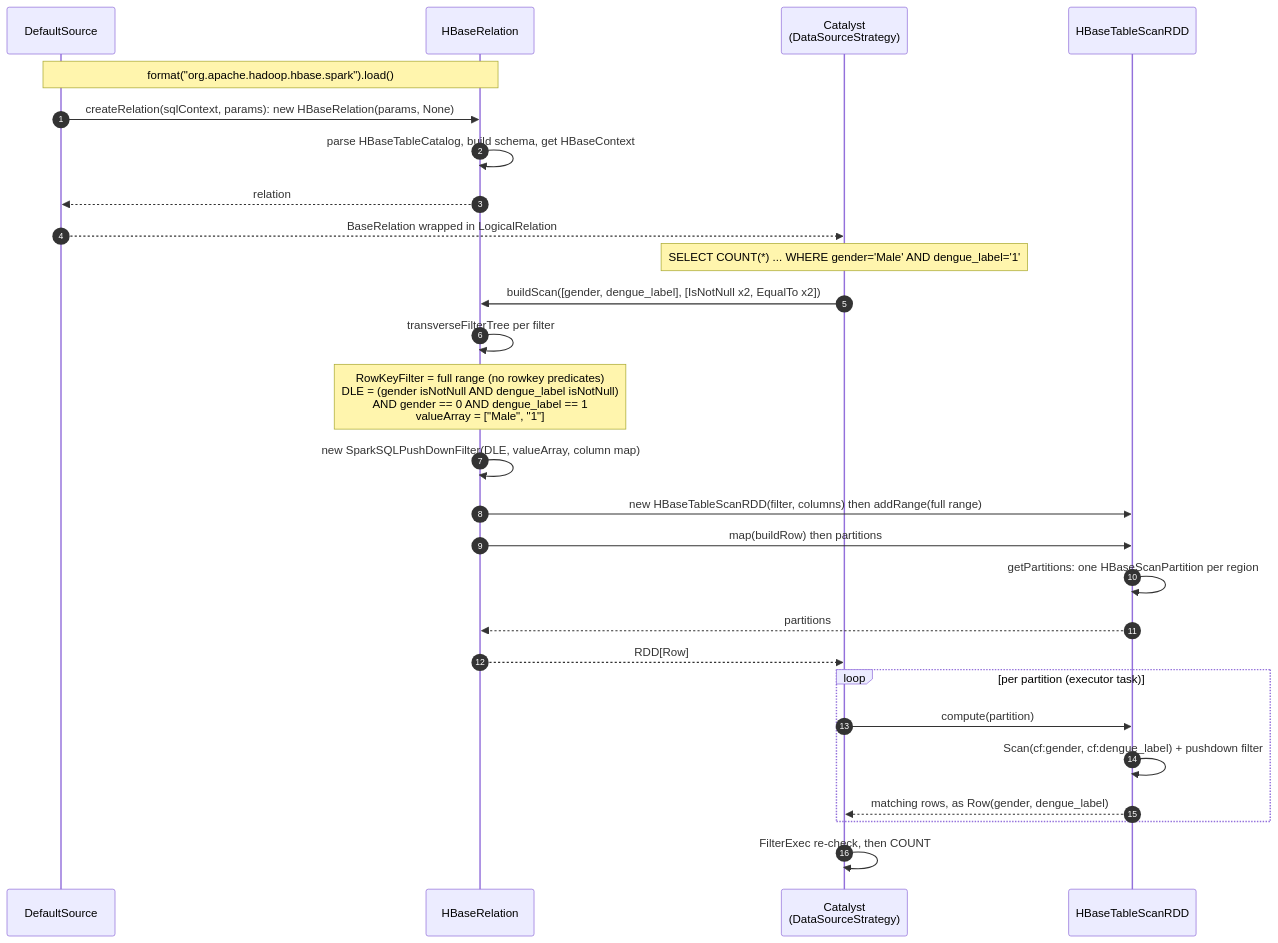
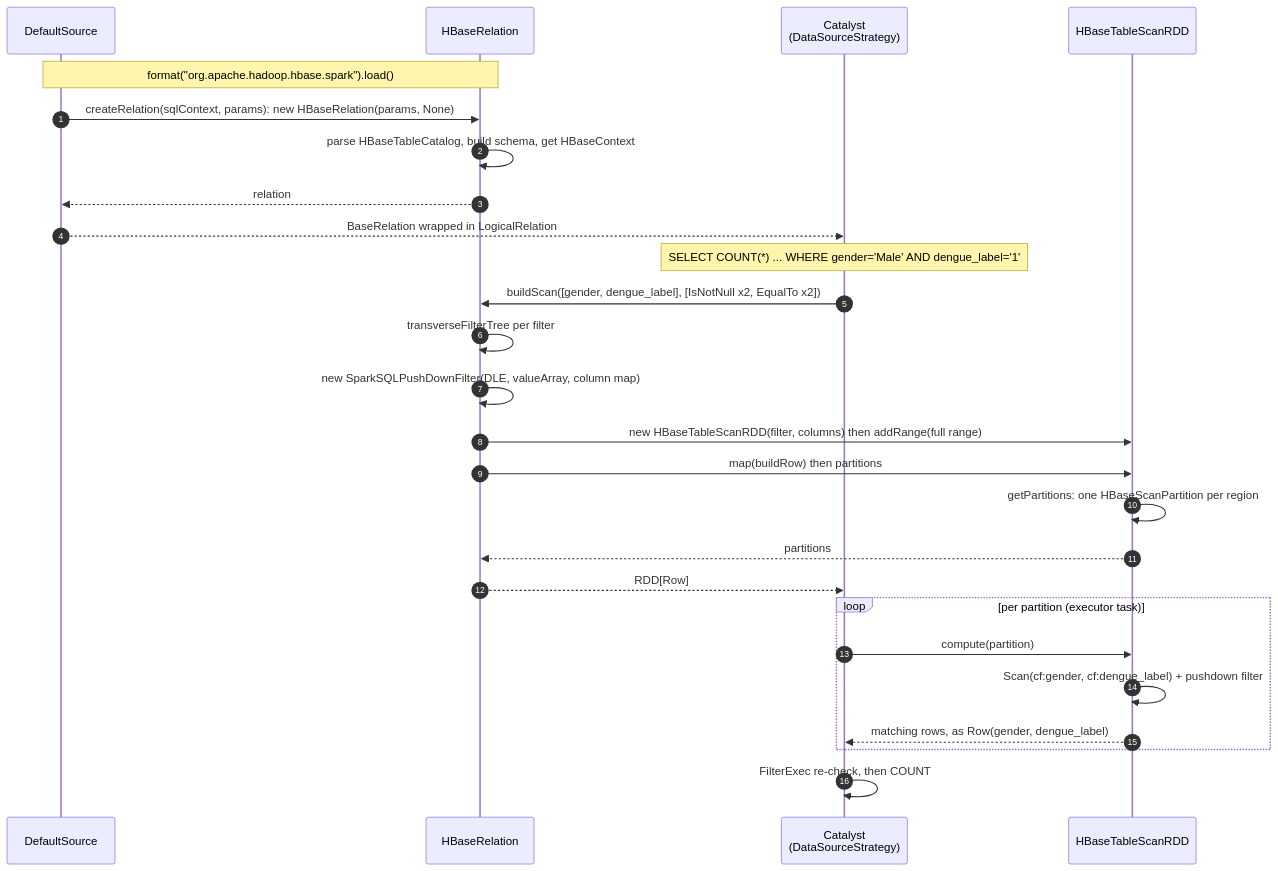
Before and after one commit to wchevreuil/hbase-connectors: the diagram in spark3-dsv1-read-sequence-simple.md, drawn with Mermaid.

Commit message:
removing note

````diff
--- a/spark3-dsv1-read-sequence-simple.md
+++ b/spark3-dsv1-read-sequence-simple.md
@@ -1,32 +1,31 @@
 ```mermaid
 sequenceDiagram
     autonumber
     participant DS as DefaultSource
     participant HR as HBaseRelation
     participant CAT as Catalyst<br/>(DataSourceStrategy)
     participant RDD as HBaseTableScanRDD
 
     Note over DS,HR: format("org.apache.hadoop.hbase.spark").load()
     DS->>HR: createRelation(sqlContext, params): new HBaseRelation(params, None)
     HR->>HR: parse HBaseTableCatalog, build schema, get HBaseContext
     HR-->>DS: relation
     DS-->>CAT: BaseRelation wrapped in LogicalRelation
 
     Note over CAT: SELECT COUNT(*) ... WHERE gender='Male' AND dengue_label='1'
     CAT->>HR: buildScan([gender, dengue_label], [IsNotNull x2, EqualTo x2])
     HR->>HR: transverseFilterTree per filter
-    Note over HR: RowKeyFilter = full range (no rowkey predicates)<br/>DLE = (gender isNotNull AND dengue_label isNotNull)<br/>AND gender == 0 AND dengue_label == 1<br/>valueArray = ["Male", "1"]
     HR->>HR: new SparkSQLPushDownFilter(DLE, valueArray, column map)
     HR->>RDD: new HBaseTableScanRDD(filter, columns) then addRange(full range)
     HR->>RDD: map(buildRow) then partitions
     RDD->>RDD: getPartitions: one HBaseScanPartition per region
     RDD-->>HR: partitions
     HR-->>CAT: RDD[Row]
 
     loop per partition (executor task)
         CAT->>RDD: compute(partition)
         RDD->>RDD: Scan(cf:gender, cf:dengue_label) + pushdown filter
         RDD-->>CAT: matching rows, as Row(gender, dengue_label)
     end
     CAT->>CAT: FilterExec re-check, then COUNT
 ```
````
